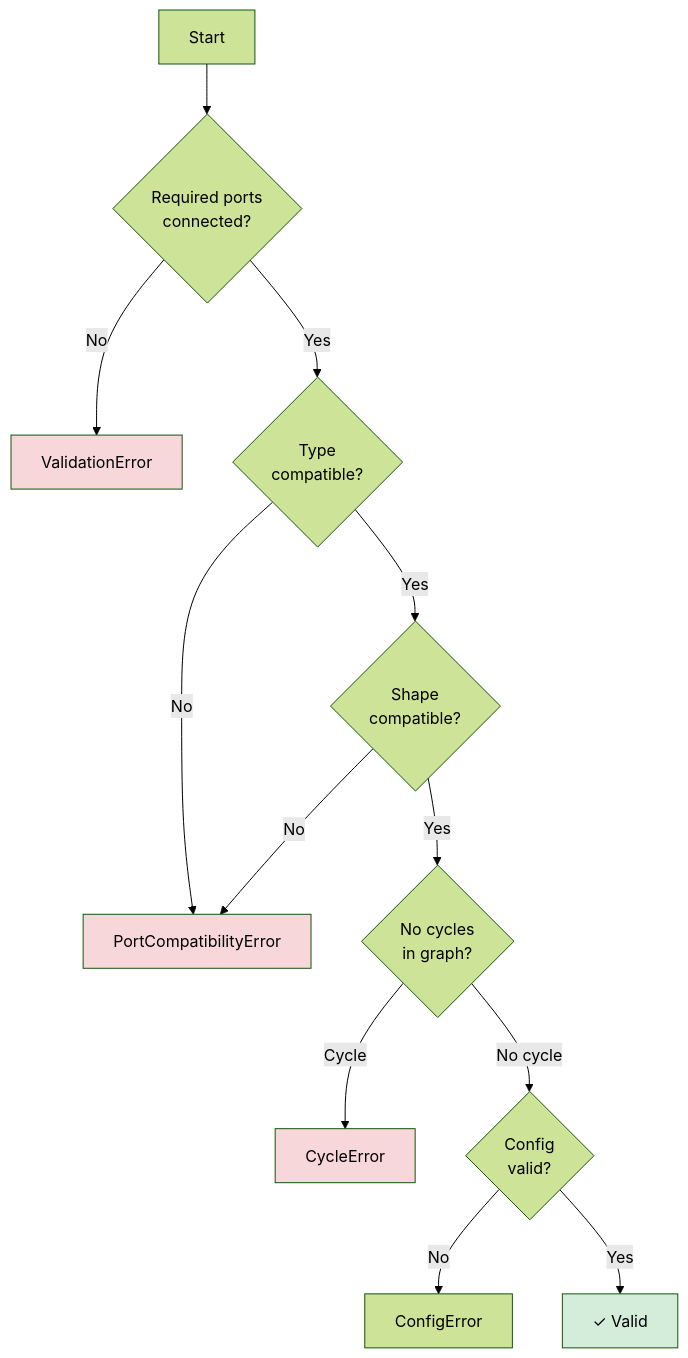
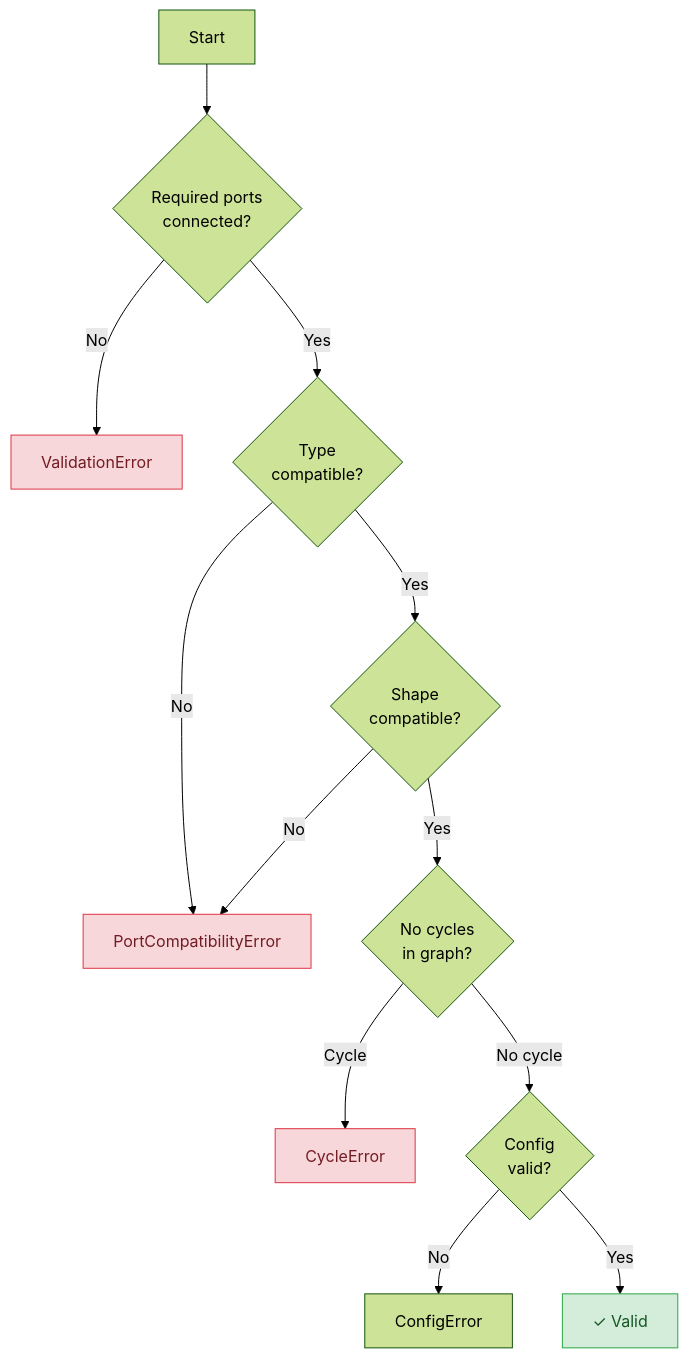
The second of 4 diagrams in docs/concepts/pipeline.md (cubert-hyperspectral/cuvis-ai), drawn with Mermaid (forest theme) before and after one commit. The commit also changed other lines of this file and 18 other files, not shown here.

First line of the commit message:
docs(theme): use classDef for Mermaid styling and tighten cross-page copy

````diff
--- a/docs/concepts/pipeline.md
+++ b/docs/concepts/pipeline.md
@@ -130,18 +130,18 @@
 ```mermaid
 flowchart TD
     A[Start] --> B{Required ports<br/>connected?}
     B -->|No| C[ValidationError]
     B -->|Yes| D{Type<br/>compatible?}
     D -->|No| E[PortCompatibilityError]
     D -->|Yes| F{Shape<br/>compatible?}
     F -->|No| E
     F -->|Yes| G{No cycles<br/>in graph?}
     G -->|Cycle| H[CycleError]
     G -->|No cycle| I{Config<br/>valid?}
     I -->|No| J[ConfigError]
     I -->|Yes| K[✓ Valid]
-    style K fill:#d4edda
-    style C fill:#f8d7da
-    style E fill:#f8d7da
-    style H fill:#f8d7da
+    classDef success fill:#d4edda,stroke:#28a745,color:#155724
+    classDef error fill:#f8d7da,stroke:#dc3545,color:#721c24
+    class K success
+    class C,E,H error
 ```
````
